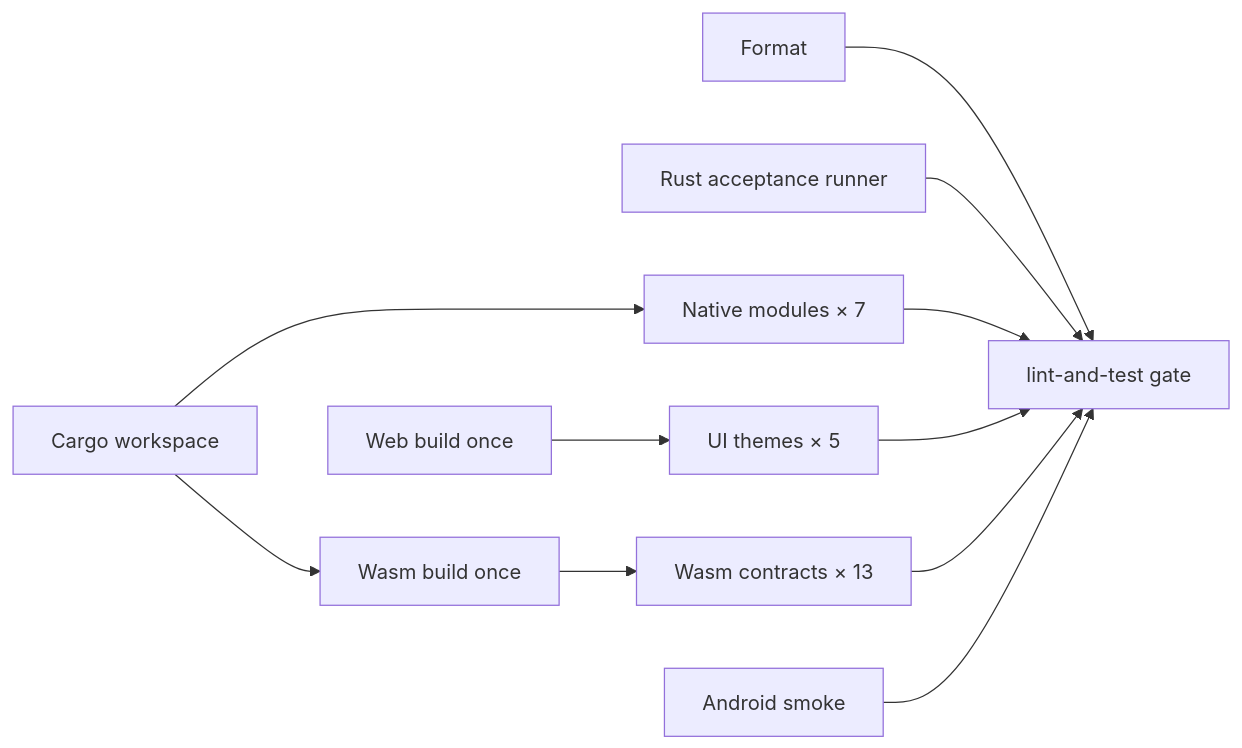
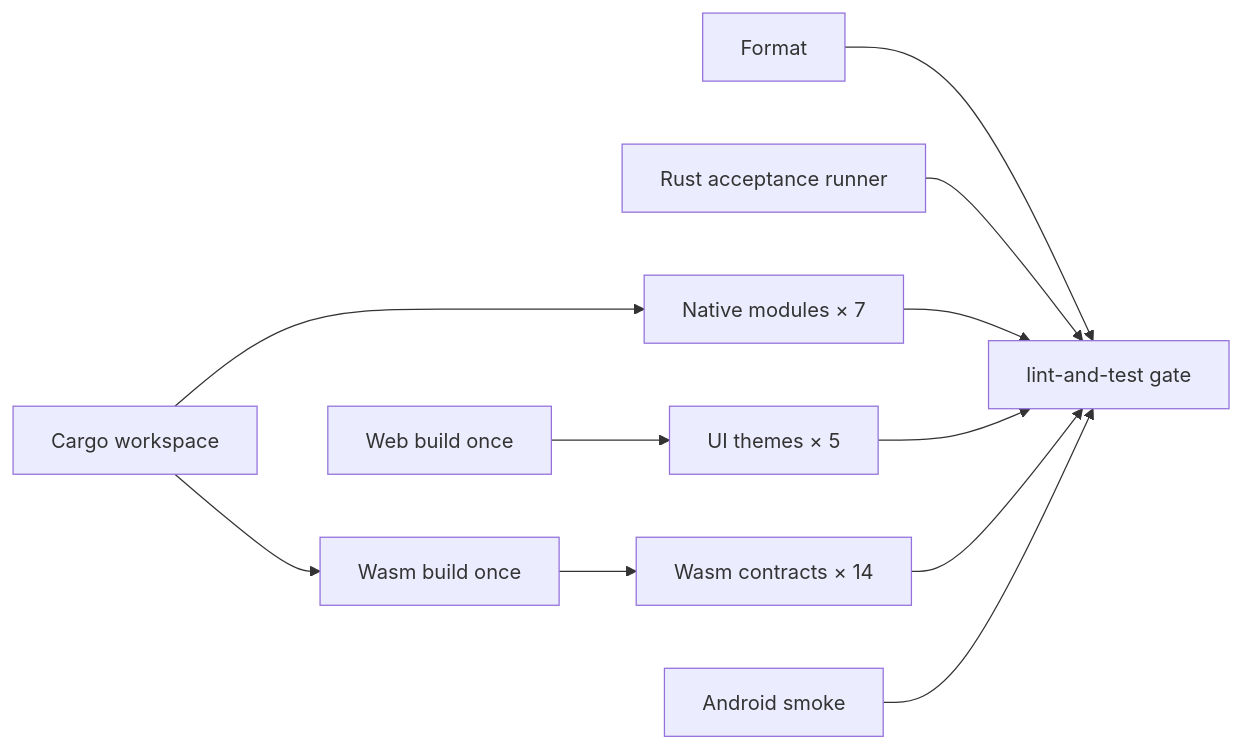
The diagram in docs/testing/mainline-validation-matrix.md (Develata/RSS-Reader), drawn with Mermaid before and after one commit. The commit also changed other lines of this file and 21 other files, not shown here.

````diff
--- a/docs/testing/mainline-validation-matrix.md
+++ b/docs/testing/mainline-validation-matrix.md
@@ -48,13 +48,13 @@
 ```mermaid
 flowchart LR
   W[Cargo workspace] --> N[Native modules × 7]
   B[Web build once] --> U[UI themes × 5]
   F[Format] --> G[lint-and-test gate]
   T[Rust acceptance runner] --> G
   N --> G
   U --> G
   W --> CB[Wasm build once]
-  CB --> C[Wasm contracts × 13]
+  CB --> C[Wasm contracts × 14]
   C --> G
   A[Android smoke] --> G
 ```
````
